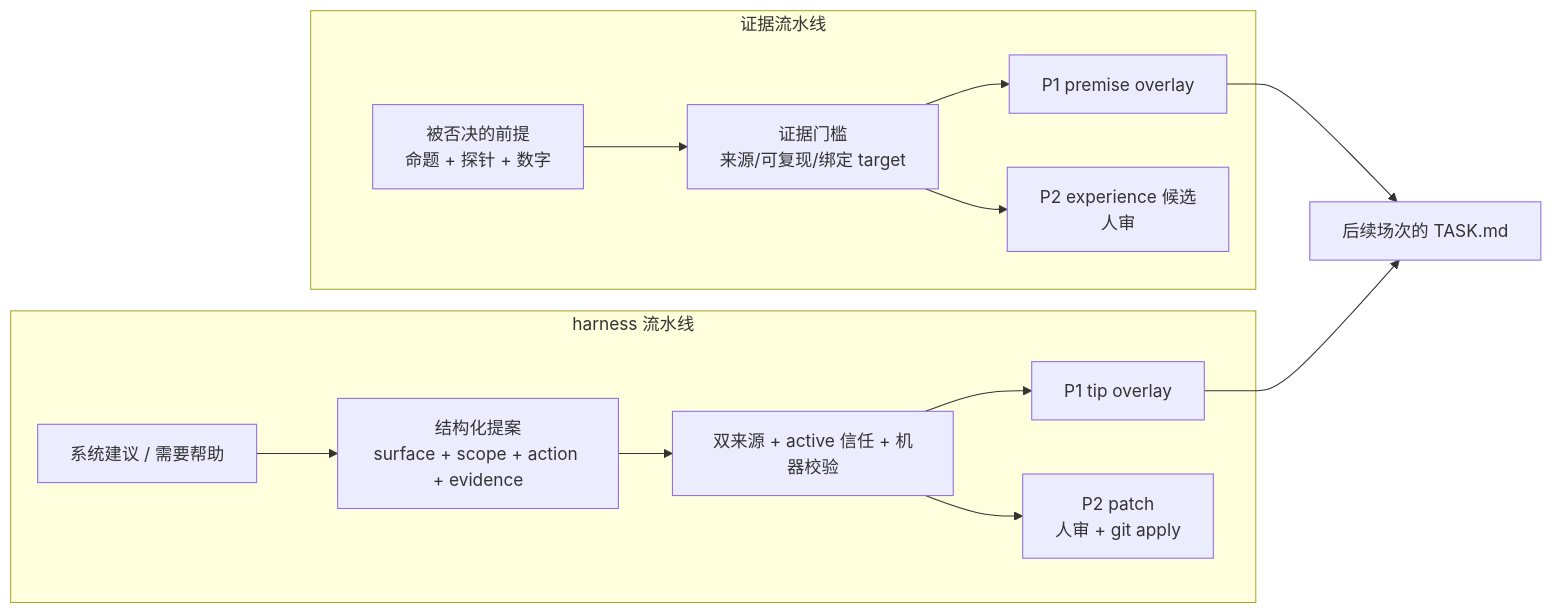
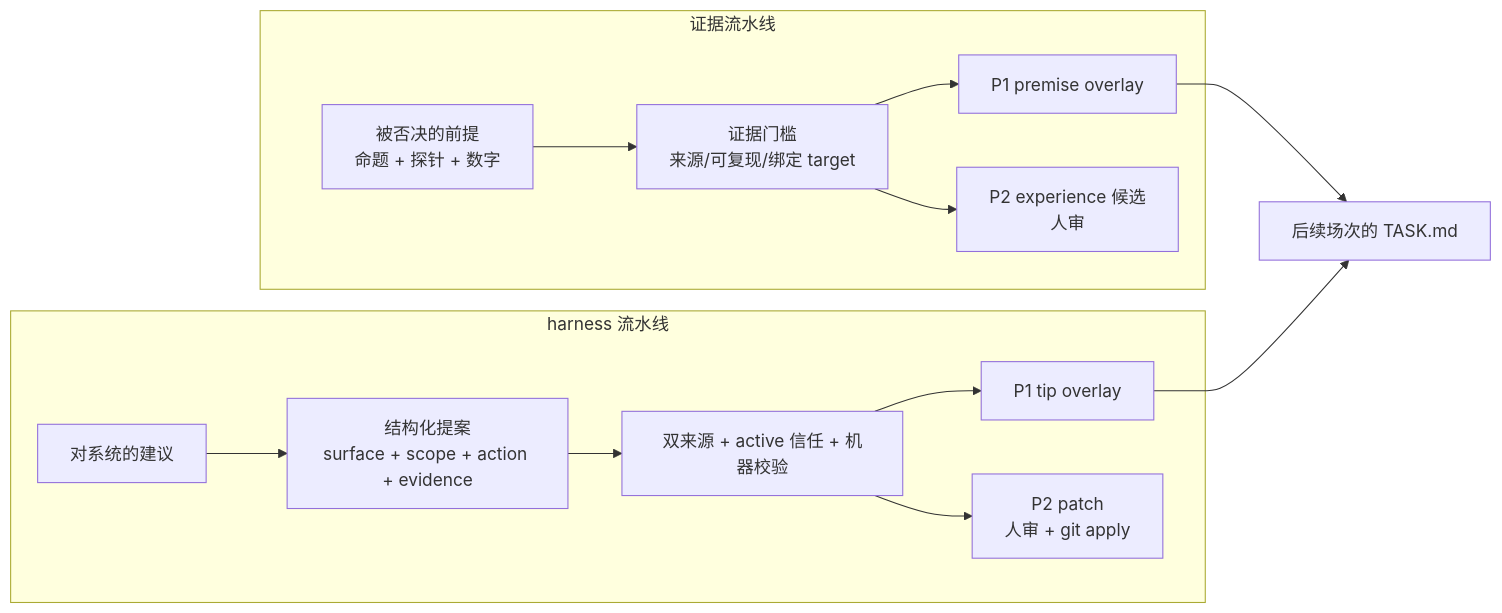
The second of 7 diagrams in docs/架构/可信harness.md (kuafuwang/ShapeForge), drawn with Mermaid before and after one commit. The commit also changed other lines of this file and 9 other files, not shown here.

````diff
--- a/docs/架构/可信harness.md
+++ b/docs/架构/可信harness.md
@@ -87,16 +88,16 @@
 ```mermaid
 flowchart LR
   subgraph evidence["证据流水线"]
     EP["被否决的前提<br/>命题 + 探针 + 数字"] --> EC["证据门槛<br/>来源/可复现/绑定 target"]
     EC --> EO["P1 premise overlay"]
     EC --> EX["P2 experience 候选<br/>人审"]
   end
   subgraph harness["harness 流水线"]
-    HP["系统建议 / 需要帮助"] --> HS["结构化提案<br/>surface + scope + action + evidence"]
+    HP["对系统的建议"] --> HS["结构化提案<br/>surface + scope + action + evidence"]
     HS --> HQ["双来源 + active 信任 + 机器校验"]
     HQ --> HO["P1 tip overlay"]
     HQ --> HX["P2 patch<br/>人审 + git apply"]
   end
   EO --> TASK["后续场次的 TASK.md"]
   HO --> TASK
 ```
````
